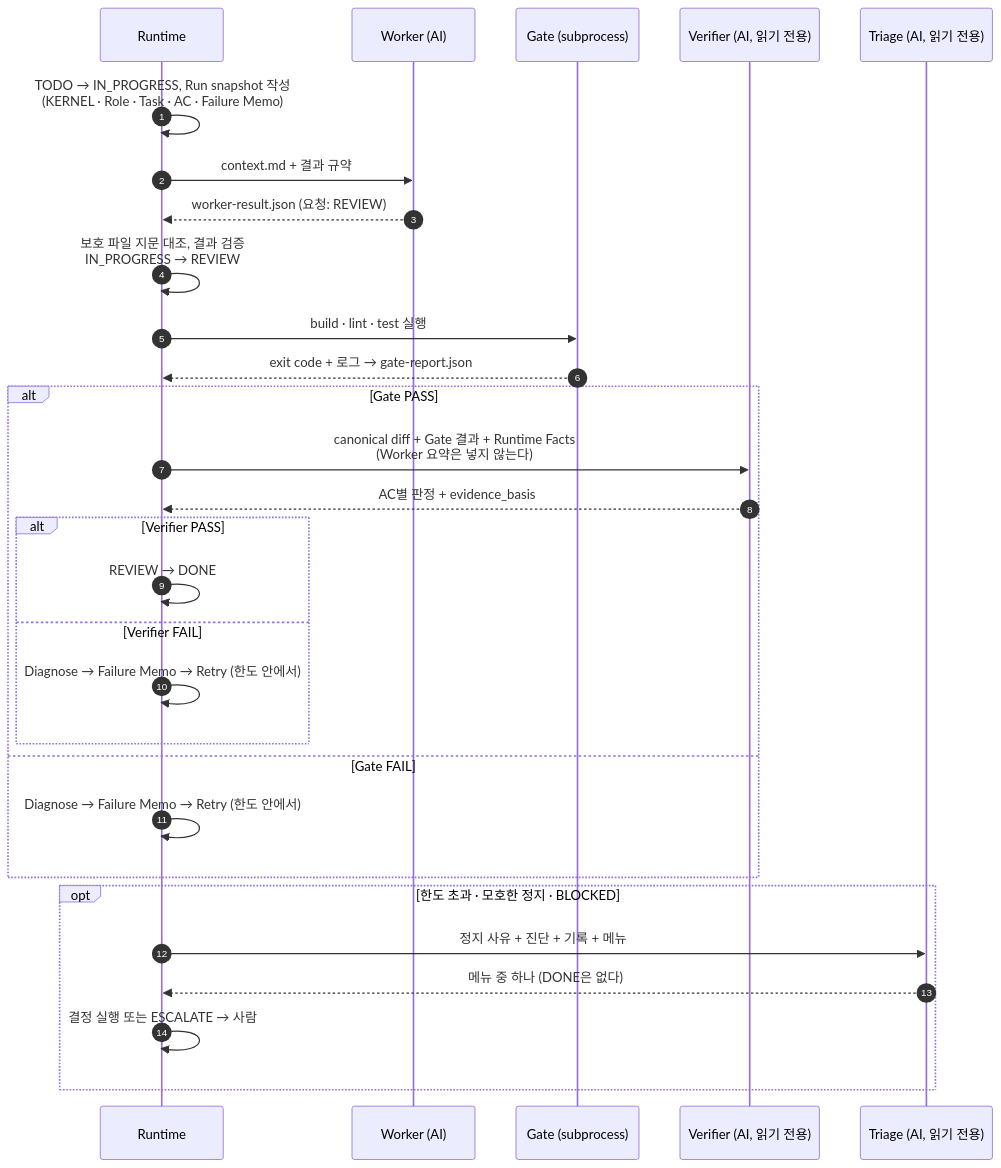
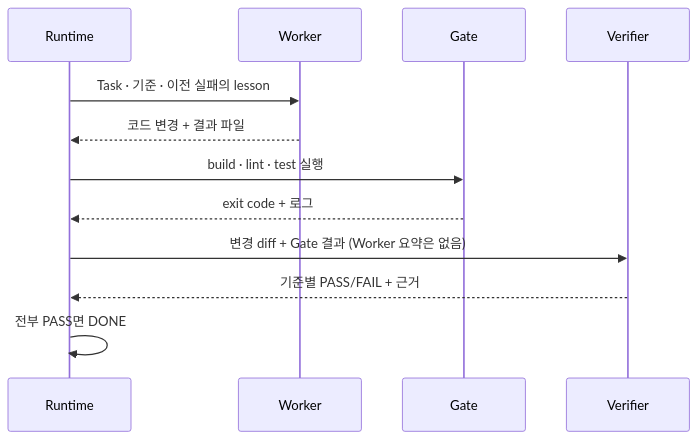
Before and after one commit to JJleem/molt-loop: the third of 5 diagrams in README.md, drawn with Mermaid. The commit also changed other lines of this file and 1 other file, not shown here.

First line of the commit message:
docs: simpler diagrams and a concrete first-session example in the README

````diff
--- a/README.md
+++ b/README.md
@@ -236,32 +261,14 @@
 ```mermaid
 sequenceDiagram
-    autonumber
     participant R as Runtime
-    participant W as Worker (AI)
-    participant G as Gate (subprocess)
-    participant V as Verifier (AI, 읽기 전용)
-    participant T as Triage (AI, 읽기 전용)
-
-    R->>R: TODO → IN_PROGRESS, Run snapshot 작성<br/>(KERNEL · Role · Task · AC · Failure Memo)
-    R->>W: context.md + 결과 규약
-    W-->>R: worker-result.json (요청: REVIEW)
-    R->>R: 보호 파일 지문 대조, 결과 검증<br/>IN_PROGRESS → REVIEW
+    participant W as Worker
+    participant G as Gate
+    participant V as Verifier
+    R->>W: Task · 기준 · 이전 실패의 lesson
+    W-->>R: 코드 변경 + 결과 파일
     R->>G: build · lint · test 실행
-    G-->>R: exit code + 로그 → gate-report.json
-    alt Gate PASS
-        R->>V: canonical diff + Gate 결과 + Runtime Facts<br/>(Worker 요약은 넣지 않는다)
-        V-->>R: AC별 판정 + evidence_basis
-        alt Verifier PASS
-            R->>R: REVIEW → DONE
-        else Verifier FAIL
-            R->>R: Diagnose → Failure Memo → Retry (한도 안에서)
-        end
-    else Gate FAIL
-        R->>R: Diagnose → Failure Memo → Retry (한도 안에서)
-    end
-    opt 한도 초과 · 모호한 정지 · BLOCKED
-        R->>T: 정지 사유 + 진단 + 기록 + 메뉴
-        T-->>R: 메뉴 중 하나 (DONE은 없다)
-        R->>R: 결정 실행 또는 ESCALATE → 사람
-    end
+    G-->>R: exit code + 로그
+    R->>V: 변경 diff + Gate 결과 (Worker 요약은 없음)
+    V-->>R: 기준별 PASS/FAIL + 근거
+    R->>R: 전부 PASS면 DONE
 ```
````
